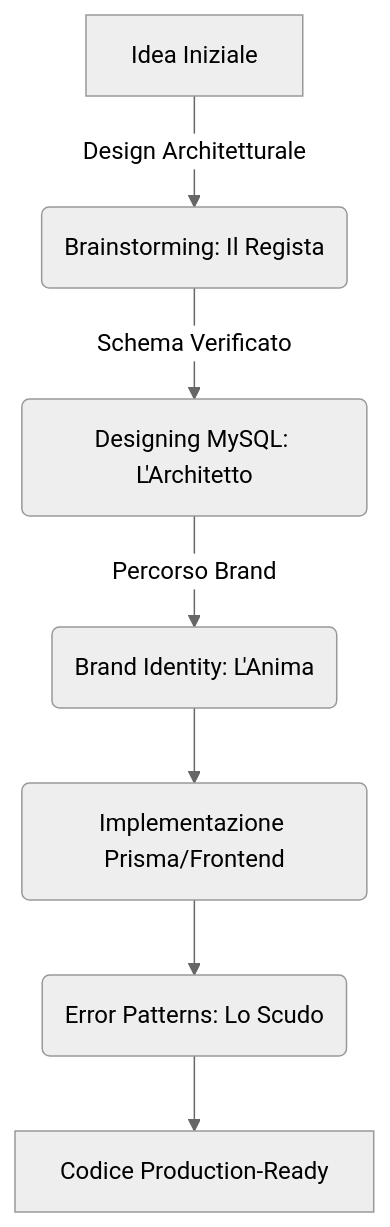
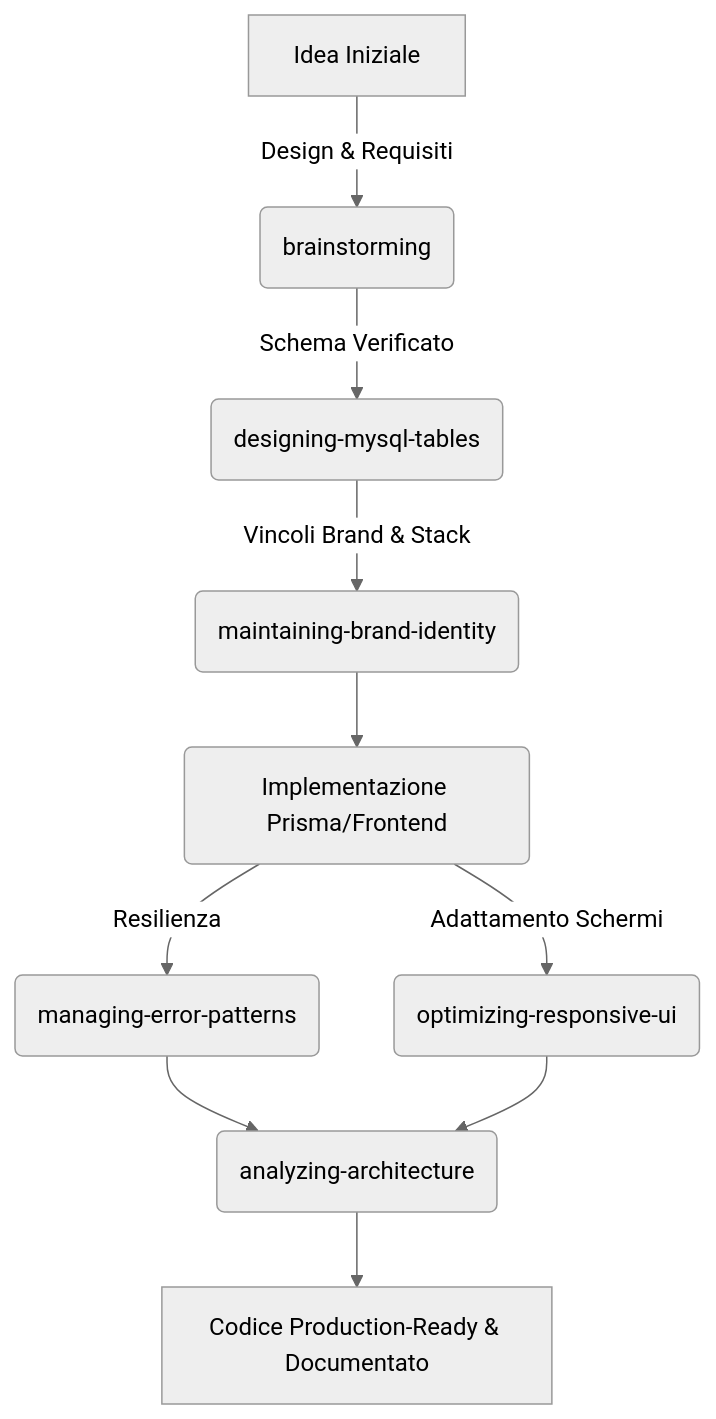
Before and after one commit to donnygiac/MasterAgents: the diagram in README.md, drawn with Mermaid (neutral theme). The commit also changed other lines of this file and 29 other files, not shown here.

````diff
--- a/README.md
+++ b/README.md
@@ -10,9 +11,12 @@
 ```mermaid
 graph TD
-    User[Idea Iniziale] -->|Design Architetturale| Director(Brainstorming: Il Regista)
-    Director -->|Schema Verificato| Architect(Designing MySQL: L'Architetto)
-    Architect -->|Percorso Brand| Soul(Brand Identity: L'Anima)
+    User[Idea Iniziale] -->|Design & Requisiti| Director(brainstorming)
+    Director -->|Schema Verificato| Architect(designing-mysql-tables)
+    Architect -->|Vincoli Brand & Stack| Soul(maintaining-brand-identity)
     Soul --> Implementation(Implementazione Prisma/Frontend)
-    Implementation --> Shield(Error Patterns: Lo Scudo)
-    Shield --> Production[Codice Production-Ready]
+    Implementation -->|Resilienza| Shield(managing-error-patterns)
+    Implementation -->|Adattamento Schermi| Responsive(optimizing-responsive-ui)
+    Shield --> Docs(analyzing-architecture)
+    Responsive --> Docs
+    Docs --> Production[Codice Production-Ready & Documentato]
 ```
````
